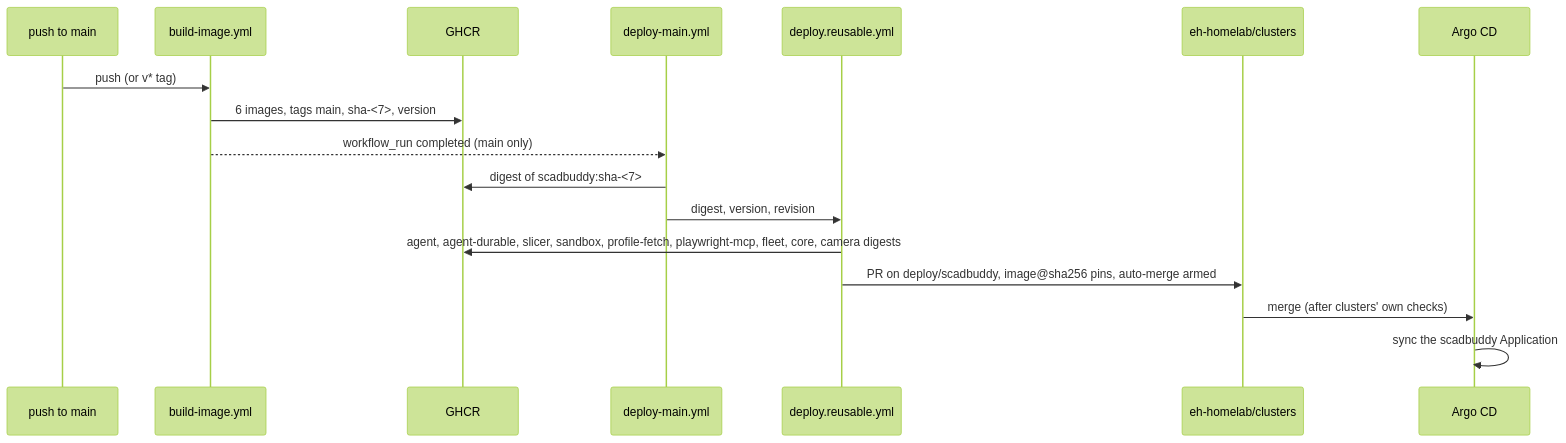
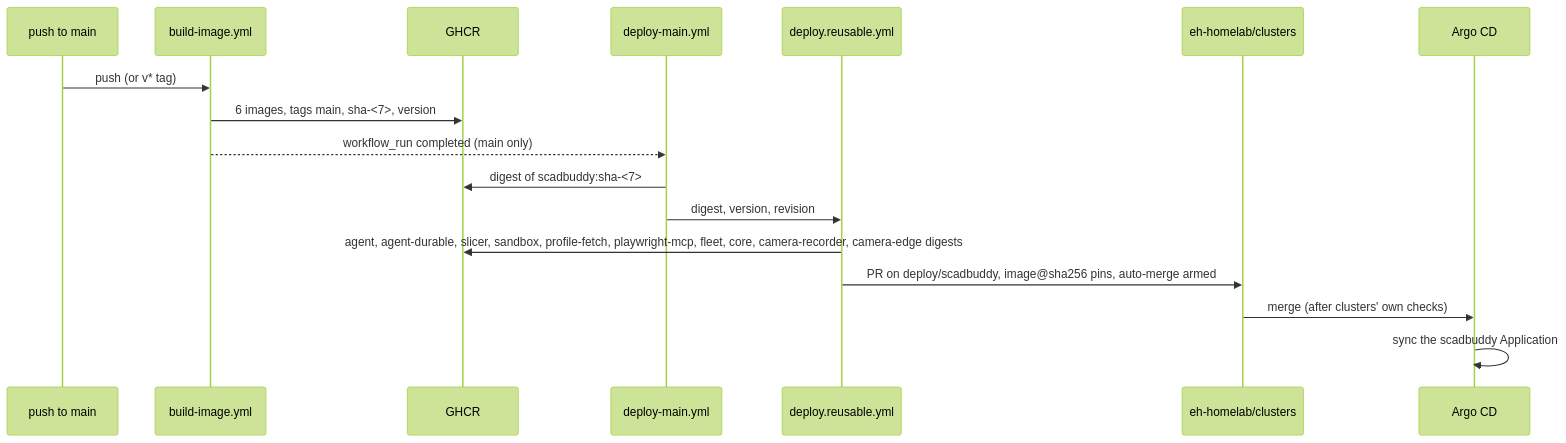
One commit to eh-homelab/ScadBuddy changed the diagram in docs/architecture/ci-and-deploy.md. Above: the diagram before and after it, drawn with Mermaid (forest theme). The commit also changed other lines of this file and 5 other files, not shown here.

````diff
--- a/docs/architecture/ci-and-deploy.md
+++ b/docs/architecture/ci-and-deploy.md
@@ -41,19 +41,19 @@
 ```mermaid
 sequenceDiagram
     participant Main as push to main
     participant BI as build-image.yml
     participant GHCR
     participant DM as deploy-main.yml
     participant DR as deploy.reusable.yml
     participant CL as eh-homelab/clusters
     participant Argo as Argo CD
     Main->>BI: push (or v* tag)
     BI->>GHCR: 6 images, tags main, sha-<7>, version
     BI-->>DM: workflow_run completed (main only)
     DM->>GHCR: digest of scadbuddy:sha-<7>
     DM->>DR: digest, version, revision
-    DR->>GHCR: agent, agent-durable, slicer, sandbox, profile-fetch, playwright-mcp, fleet, core, camera digests
+    DR->>GHCR: agent, agent-durable, slicer, sandbox, profile-fetch, playwright-mcp, fleet, core, camera-recorder, camera-edge digests
     DR->>CL: PR on deploy/scadbuddy, image@sha256 pins, auto-merge armed
     CL->>Argo: merge (after clusters' own checks)
     Argo->>Argo: sync the scadbuddy Application
 ```
````
